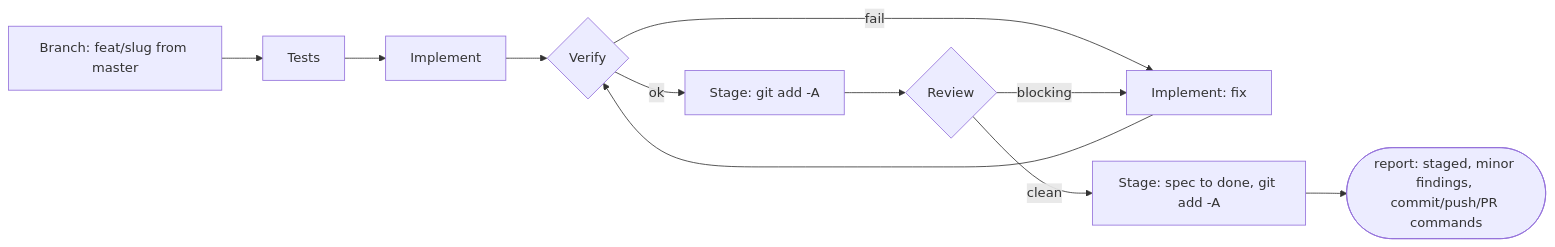
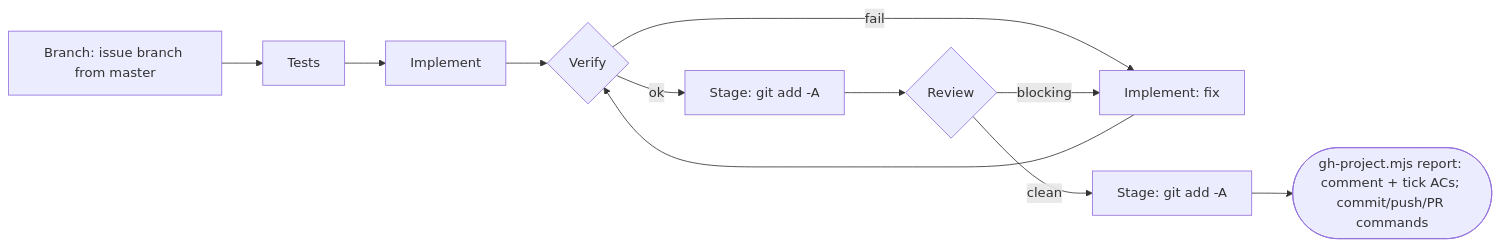
Before and after one commit to Maliniak93/FinMel: the diagram in skarbiec-plan/workflow.md, drawn with Mermaid. The commit also changed other lines of this file and 78 other files, not shown here.

````diff
--- a/skarbiec-plan/workflow.md
+++ b/skarbiec-plan/workflow.md
@@ -22,11 +34,11 @@
 ```mermaid
 flowchart LR
-    B[Branch: feat/slug from master] --> T[Tests]
+    B[Branch: issue branch from master] --> T[Tests]
     T --> I[Implement] --> V{Verify}
     V -- fail --> IF[Implement: fix] --> V
     V -- ok --> C[Stage: git add -A]
     C --> R{Review}
     R -- blocking --> IF
-    R -- clean --> S[Stage: spec to done, git add -A]
-    S --> Done([report: staged, minor findings, commit/push/PR commands])
+    R -- clean --> S[Stage: git add -A]
+    S --> Done([gh-project.mjs report: comment + tick ACs; commit/push/PR commands])
 ```
````
